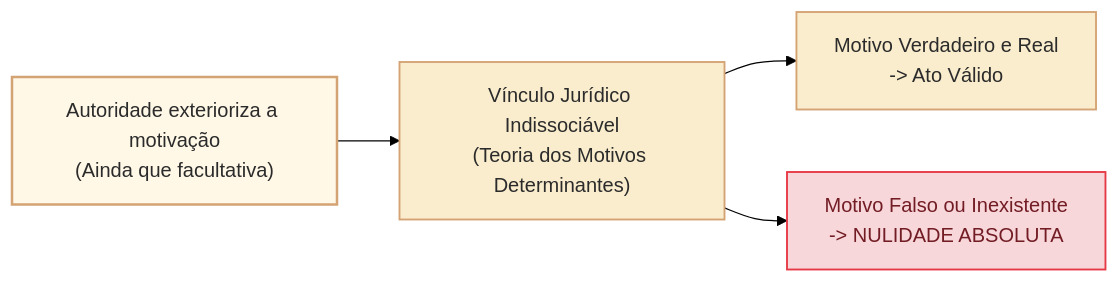
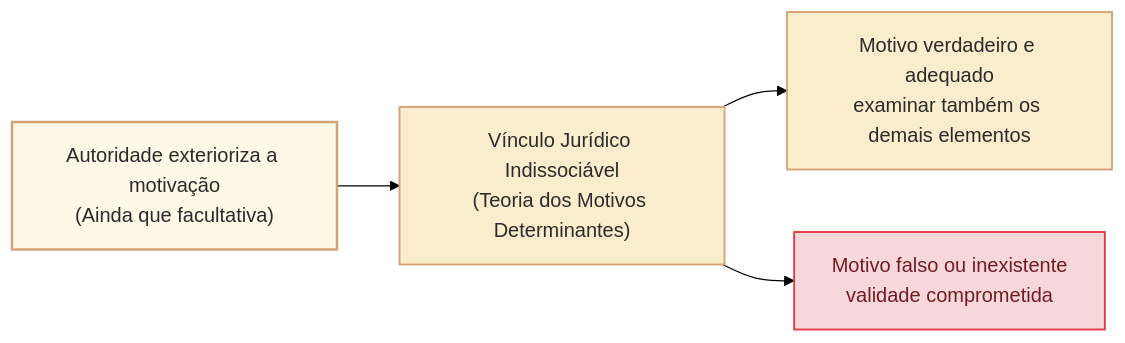
The second of 2 diagrams in 3 - Materias/Direito Administrativo/03 - atos administrativos.md (leorruas/concursos), drawn with Mermaid (forest theme) before and after one commit. The commit also changed other lines of this file and 2 other files, not shown here.

Commit message:
docs(administrativo A): corrigir validade, vícios e questões do DAD03

````diff
--- a/3 - Materias/Direito Administrativo/03 - atos administrativos.md
+++ b/3 - Materias/Direito Administrativo/03 - atos administrativos.md
@@ -121,12 +121,12 @@
 ```mermaid
 flowchart LR
     classDef raiz fill:#fff8e7,stroke:#d4a373,stroke-width:2px,color:#2b2b2b;
     classDef caixa fill:#faedcd,stroke:#d4a373,stroke-width:1.5px,color:#2b2b2b;
     classDef erro fill:#f8d7da,stroke:#e63946,stroke-width:1.5px,color:#721c24;
 
     A["Autoridade exterioriza a motivação<br/>(Ainda que facultativa)"]:::raiz
     --> B["Vínculo Jurídico Indissociável<br/>(Teoria dos Motivos Determinantes)"]:::caixa
     
-    B --> C["Motivo Verdadeiro e Real<br/>-> Ato Válido"]:::caixa
-    B --> D["Motivo Falso ou Inexistente<br/>-> NULIDADE ABSOLUTA"]:::erro
+    B --> C["Motivo verdadeiro e adequado<br/>examinar também os demais elementos"]:::caixa
+    B --> D["Motivo falso ou inexistente<br/>validade comprometida"]:::erro
 ```
````
